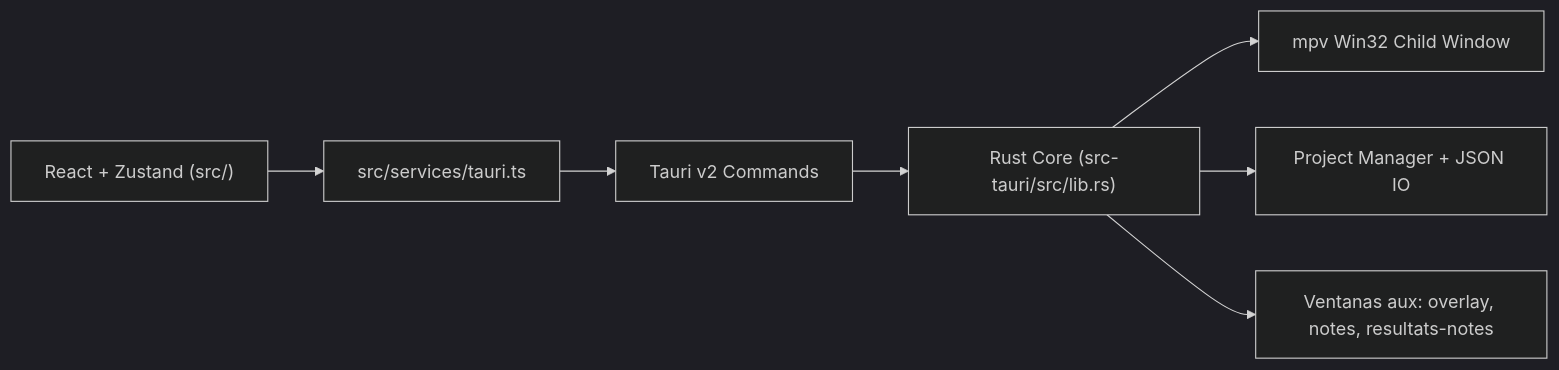
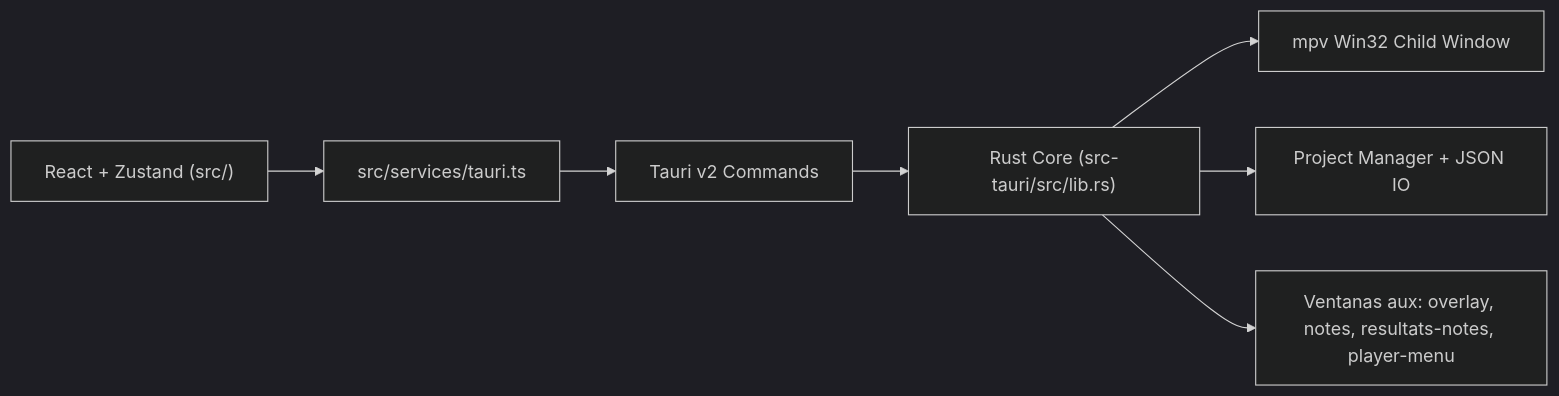
Before and after one commit to NetsumaInfo/application-bareme-amv-france: the diagram in README.es.md, drawn with Mermaid (dark theme). The commit also changed other lines of this file and 4 other files, not shown here.

Commit message:
docs(readme): sync translations (remove doc note, add player-menu + app update store)

````diff
--- a/README.es.md
+++ b/README.es.md
@@ -48,9 +46,9 @@
 ```mermaid
 flowchart LR
   UI["React + Zustand (src/)"] --> API["src/services/tauri.ts"]
   API --> IPC["Tauri v2 Commands"]
   IPC --> Core["Rust Core (src-tauri/src/lib.rs)"]
   Core --> MPV["mpv Win32 Child Window"]
   Core --> Proj["Project Manager + JSON IO"]
-  Core --> Aux["Ventanas aux: overlay, notes, resultats-notes"]
+  Core --> Aux["Ventanas aux: overlay, notes, resultats-notes, player-menu"]
 ```
````
